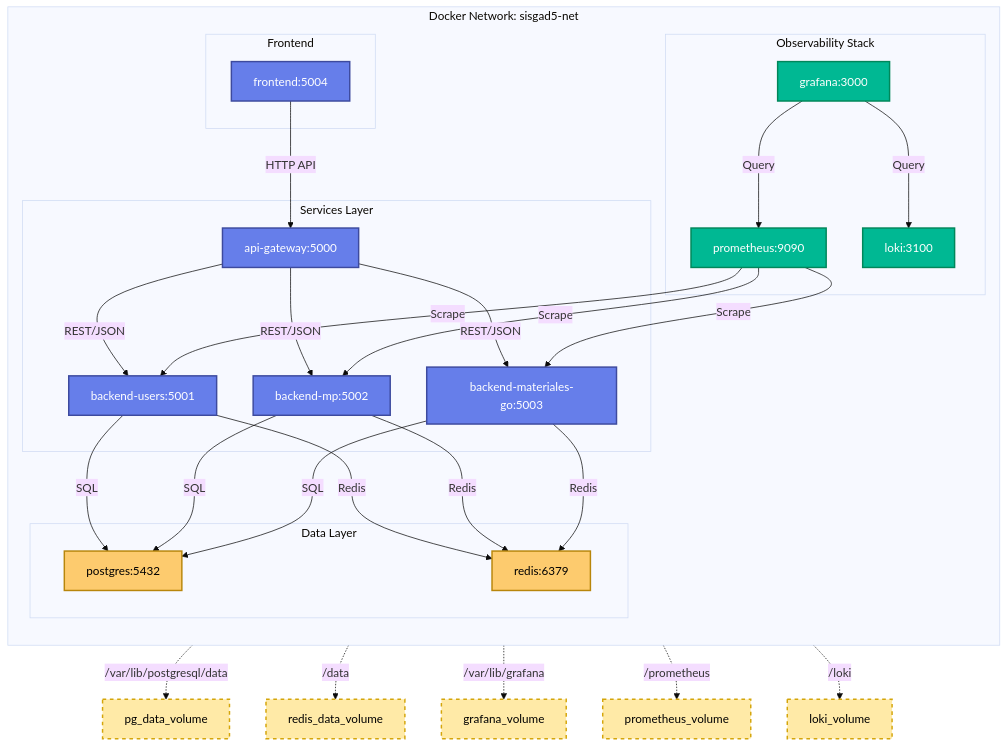
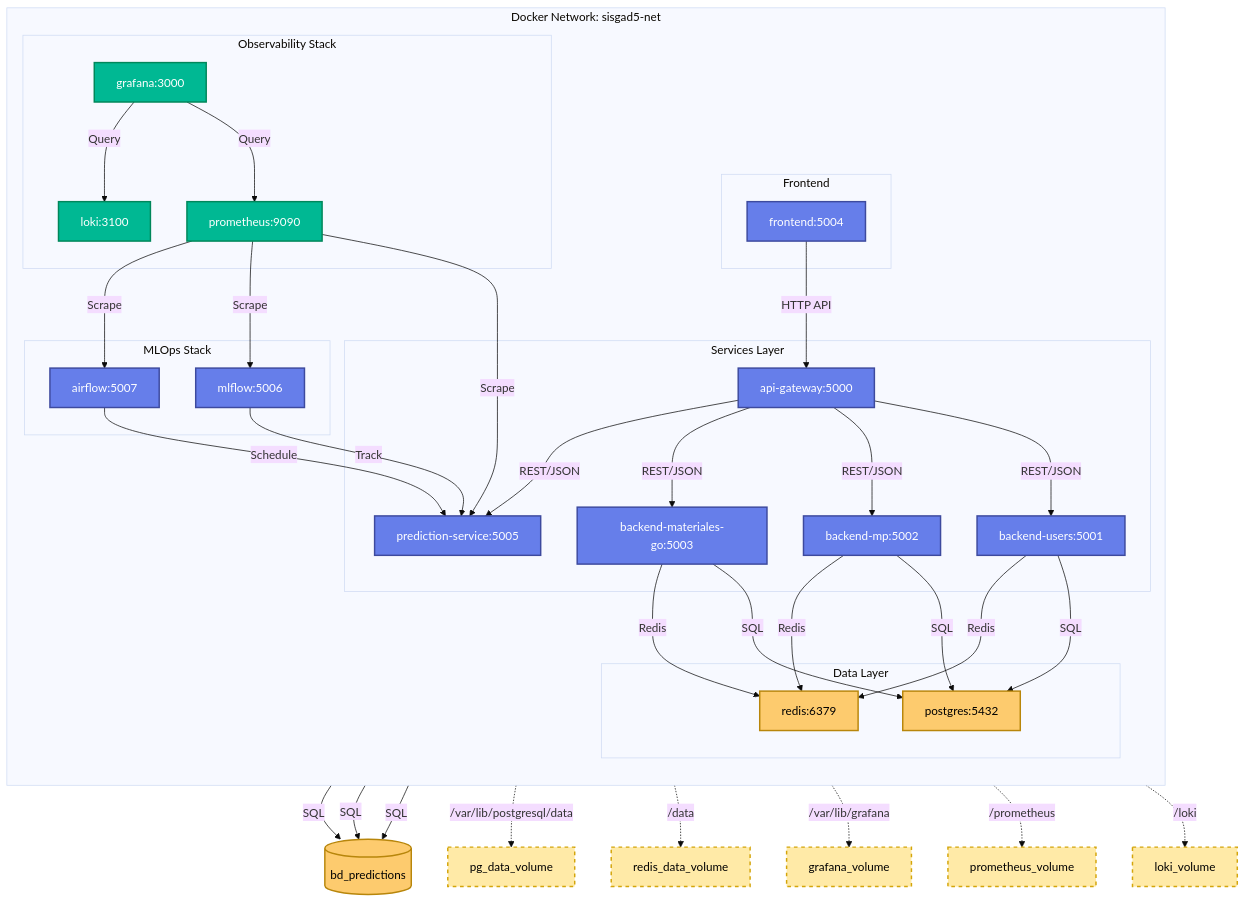
Before and after one commit to ybotet/SISGAD5_1.0: the fourth of 4 diagrams in ARCHITECTURE.md, drawn with Mermaid (base theme). The commit also changed other lines of this file and 13 other files, not shown here.

Commit message:
feat: add Prediction Service module to project governance files

````diff
--- a/ARCHITECTURE.md
+++ b/ARCHITECTURE.md
@@ -132,59 +180,74 @@
 ```mermaid
 graph TB
     subgraph "Docker Network: sisgad5-net"
         direction TB
 
         subgraph "Frontend"
             FE_C[frontend:5004]:::container
         end
 
-        subgraph "Services Layer"
-            GW_C[api-gateway:5000]:::container
-            US_C[backend-users:5001]:::container
-            MP_C[backend-mp:5002]:::container
-            MS_C[backend-materiales-go:5003]:::container
-        end
+         subgraph "Services Layer"
+             GW_C[api-gateway:5000]:::container
+             US_C[backend-users:5001]:::container
+             MP_C[backend-mp:5002]:::container
+             MS_C[backend-materiales-go:5003]:::container
+             PS_C[prediction-service:5005]:::container
+         end
+
+         subgraph "MLOps Stack"
+             ML_C[mlflow:5006]:::container
+             AW_C[airflow:5007]:::container
+         end
 
         subgraph "Data Layer"
             PG_C[postgres:5432]:::db
             RD_C[redis:6379]:::db
         end
 
         subgraph "Observability Stack"
             PR_C[prometheus:9090]:::obs
             GF_C[grafana:3000]:::obs
             LK_C[loki:3100]:::obs
         end
     end
 
     %% Network connections
     FE_C -->|"HTTP API"| GW_C
     GW_C -->|"REST/JSON"| US_C
     GW_C -->|"REST/JSON"| MP_C
-    GW_C -->|"REST/JSON"| MS_C
+     GW_C -->|"REST/JSON"| MS_C
+     GW_C -->|"REST/JSON"| PS_C
 
-    US_C -->|"SQL"| PG_C
-    MP_C -->|"SQL"| PG_C
-    MS_C -->|"SQL"| PG_C
-    US_C -->|"Redis"| RD_C
-    MP_C -->|"Redis"| RD_C
-    MS_C -->|"Redis"| RD_C
+     US_C -->|"SQL"| PG_C
+     MP_C -->|"SQL"| PG_C
+     MS_C -->|"SQL"| PG_C
+     PS_C -->|"SQL"| PDB_C[("bd_predictions")]:::db
 
-    PR_C -->|"Scrape"| US_C
-    PR_C -->|"Scrape"| MP_C
-    PR_C -->|"Scrape"| MS_C
-    GF_C -->|"Query"| PR_C
+     US_C -->|"Redis"| RD_C
+     MP_C -->|"Redis"| RD_C
+     MS_C -->|"Redis"| RD_C
+
+     %% MLOps connections
+     ML_C -->|"Track"| PS_C
+     AW_C -->|"Schedule"| PS_C
+     ML_C -->|"SQL"| PDB_C
+     AW_C -->|"SQL"| PDB_C
+
+     PR_C -->|"Scrape"| PS_C
+     PR_C -->|"Scrape"| ML_C
+     PR_C -->|"Scrape"| AW_C
+     GF_C -->|"Query"| PR_C
     GF_C -->|"Query"| LK_C
 
     %% Volumes
     PG_C -. "/var/lib/postgresql/data" .-> PG_V[pg_data_volume]:::volume
     RD_C -. "/data" .-> RD_V[redis_data_volume]:::volume
     GF_C -. "/var/lib/grafana" .-> GF_V[grafana_volume]:::volume
     PR_C -. "/prometheus" .-> PR_V[prometheus_volume]:::volume
     LK_C -. "/loki" .-> LK_V[loki_volume]:::volume
 
     classDef container fill:#667eea,stroke:#3d4a9e,stroke-width:2px,color:#fff
     classDef db fill:#fdcb6e,stroke:#b8860b,stroke-width:2px,color:#000
     classDef obs fill:#00b893,stroke:#00875a,stroke-width:2px,color:#fff
     classDef volume fill:#ffeaa7,stroke:#d4a50a,stroke-width:2px,stroke-dasharray:5,5,color:#000
 ```
````
